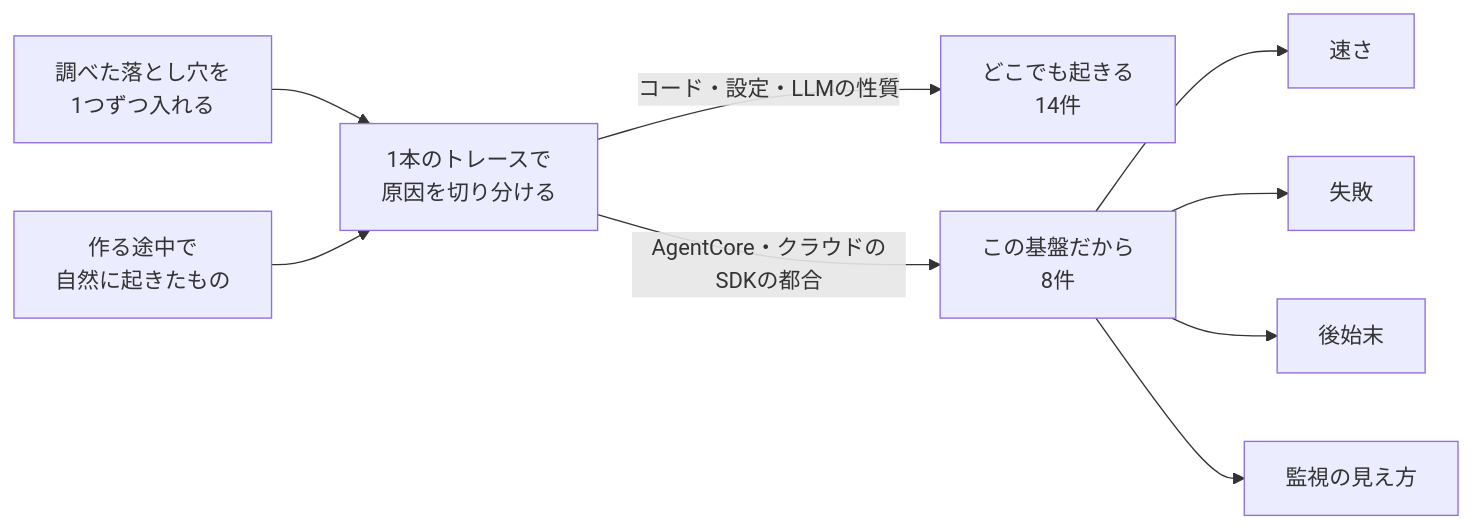
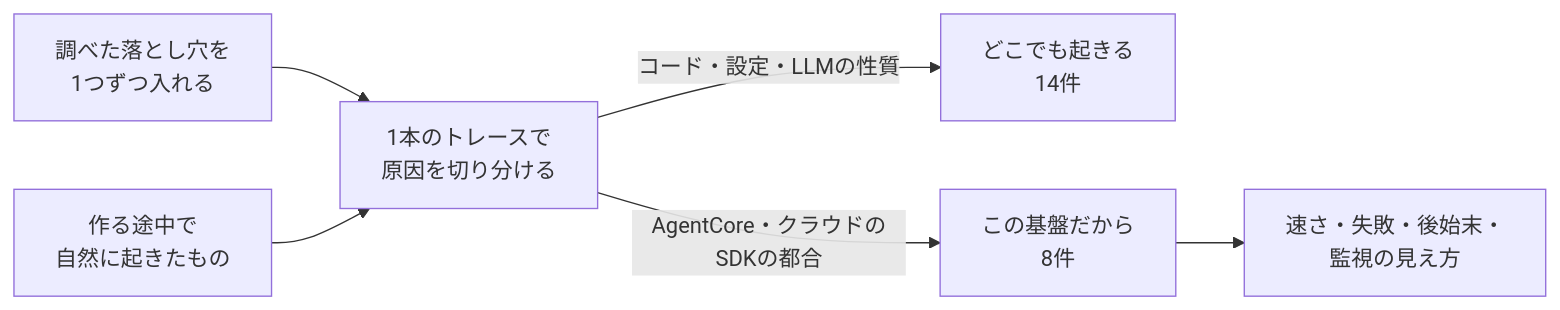
One commit to yuya0408/agent-latency-tracer changed the first of 2 diagrams in README.md. Above: the diagram before and after it, drawn with Mermaid. The commit also changed other lines of this file, not shown here.

````diff
--- a/README.md
+++ b/README.md
@@ -10,11 +9,8 @@
 ```mermaid
 flowchart LR
   A["調べた落とし穴を<br/>1つずつ入れる"] --> C["1本のトレースで<br/>原因を切り分ける"]
   B["作る途中で<br/>自然に起きたもの"] --> C
   C -->|"コード・設定・LLMの性質"| D["どこでも起きる<br/>14件"]
   C -->|"AgentCore・クラウドのSDKの都合"| E["この基盤だから<br/>8件"]
-  E --> F["速さ"]
-  E --> G["失敗"]
-  E --> H["後始末"]
-  E --> I["監視の見え方"]
+  E --> F["速さ・失敗・後始末・<br/>監視の見え方"]
 ```
````
